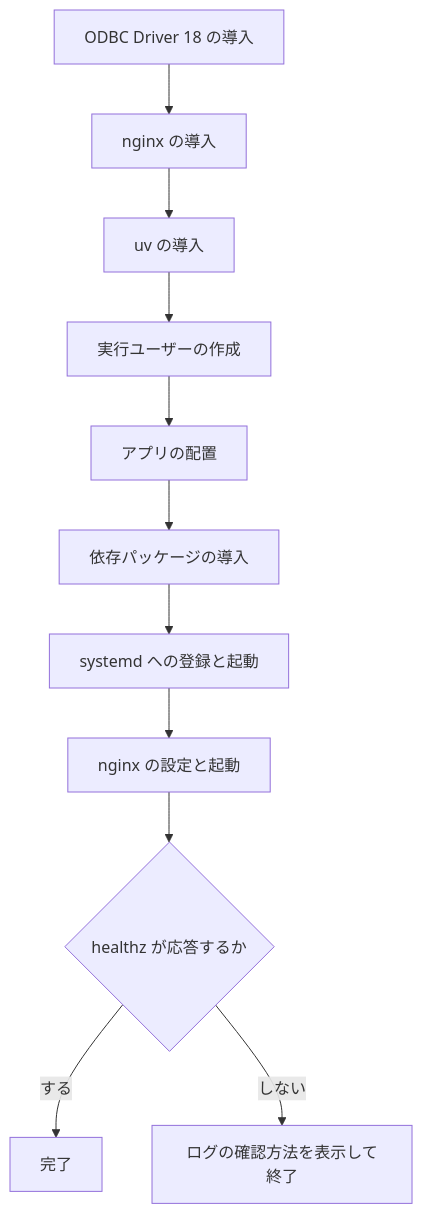
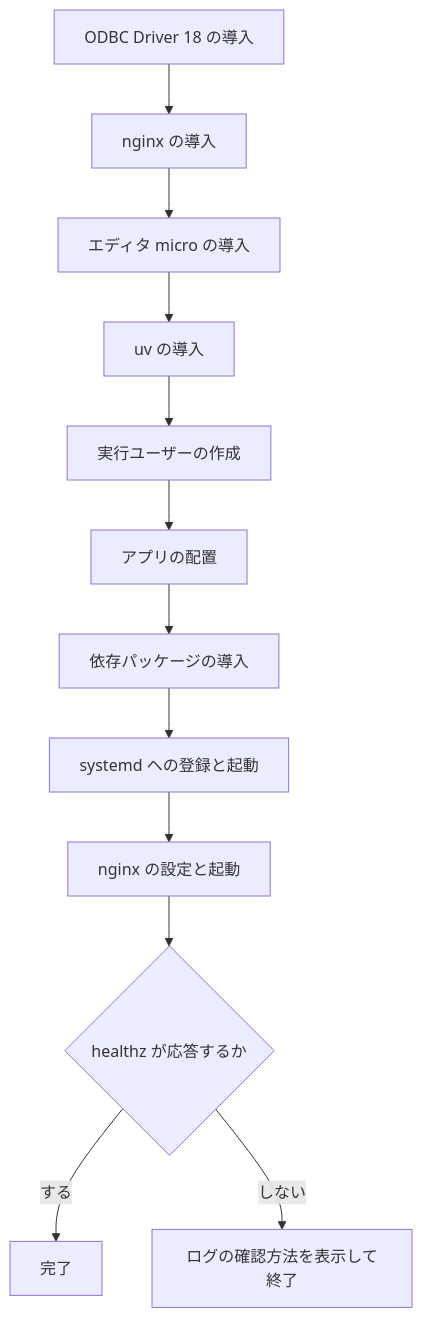
Before and after one commit to m-oka-system/mssql-todo-app: the eighth of 8 diagrams in docs/design.md, drawn with Mermaid. The commit also changed other lines of this file and 4 other files, not shown here.

````diff
--- a/docs/design.md
+++ b/docs/design.md
@@ -364,13 +391,14 @@
 ```mermaid
 flowchart TD
     A[ODBC Driver 18 の導入] --> B[nginx の導入]
-    B --> C[uv の導入]
+    B --> M[エディタ micro の導入]
+    M --> C[uv の導入]
     C --> D[実行ユーザーの作成]
     D --> E[アプリの配置]
     E --> F[依存パッケージの導入]
     F --> G[systemd への登録と起動]
     G --> H[nginx の設定と起動]
     H --> I{healthz が応答するか}
     I -->|する| J[完了]
     I -->|しない| K[ログの確認方法を表示して終了]
 ```
````
